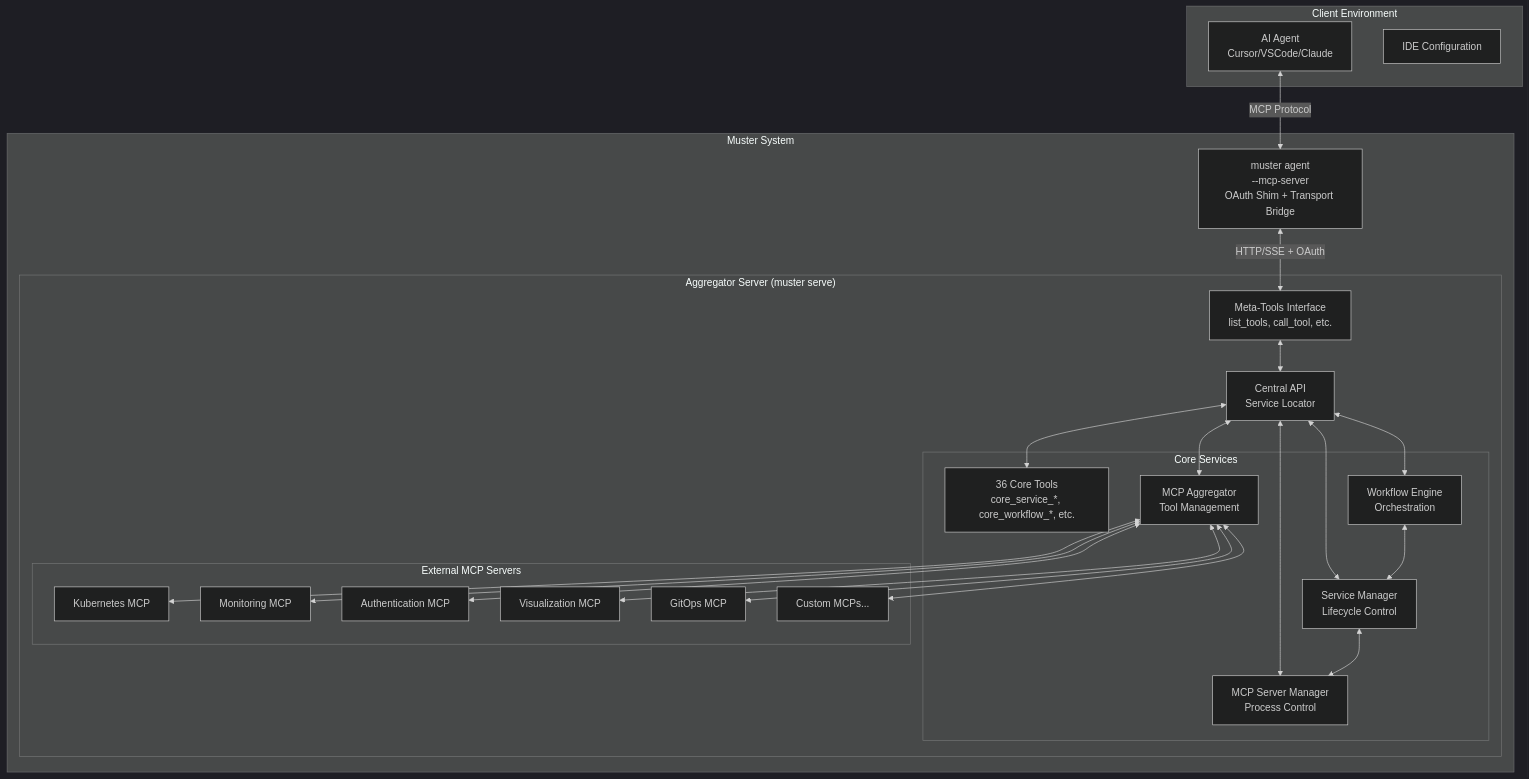
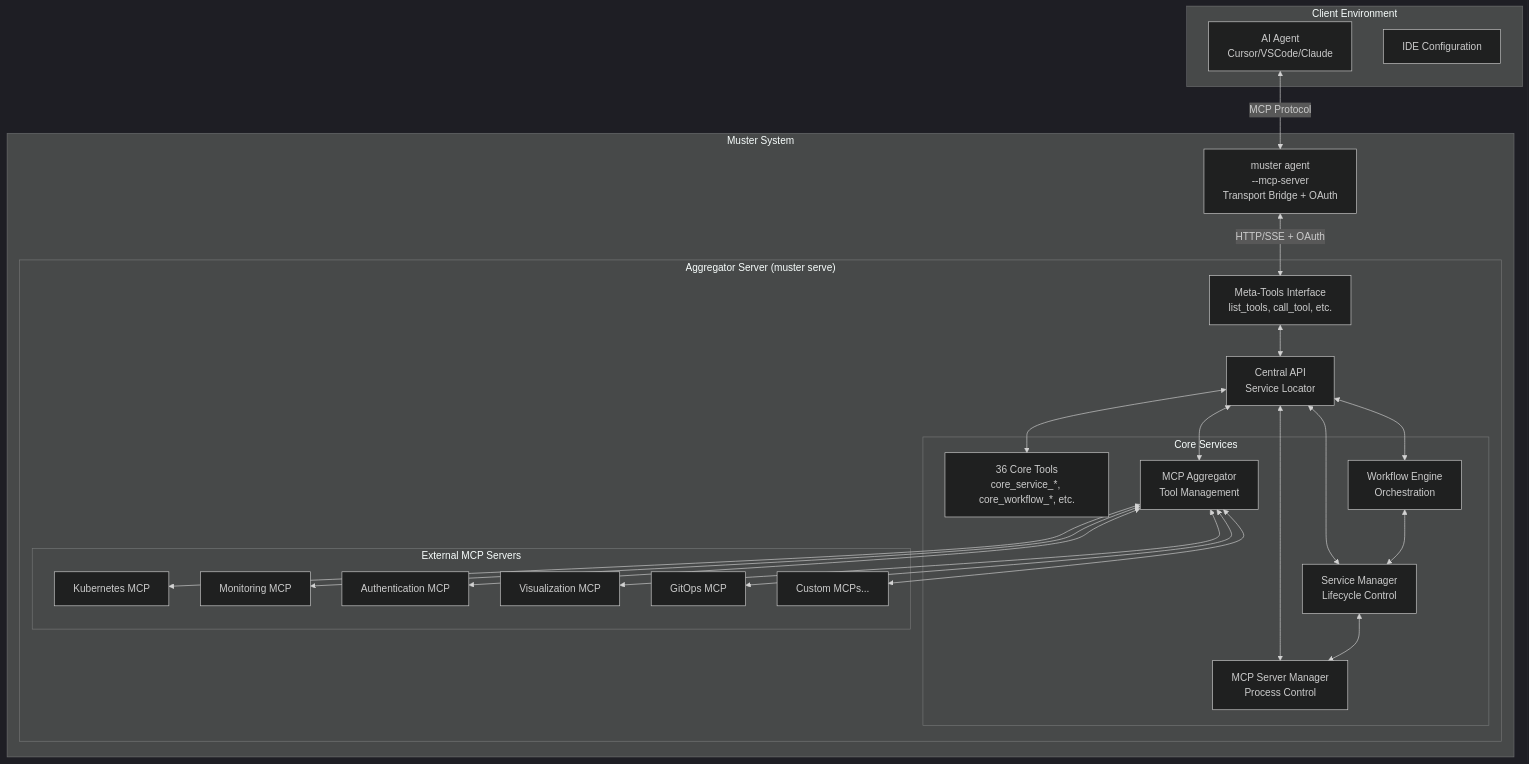
The first of 5 diagrams in docs/explanation/architecture.md (giantswarm/muster), drawn with Mermaid (dark theme) before and after one commit. The commit also changed other lines of this file and 4 other files, not shown here.

````diff
--- a/docs/explanation/architecture.md
+++ b/docs/explanation/architecture.md
@@ -9,52 +9,52 @@
 ```mermaid
 graph TB
     subgraph "Client Environment"
         Agent[AI Agent<br/>Cursor/VSCode/Claude]
         IDE[IDE Configuration]
     end
     
     subgraph "Muster System"
-        MusterAgent[muster agent<br/>--mcp-server<br/>OAuth Shim + Transport Bridge]
+        MusterAgent[muster agent<br/>--mcp-server<br/>Transport Bridge + OAuth]
         
         subgraph "Aggregator Server (muster serve)"
             MetaTools[Meta-Tools Interface<br/>list_tools, call_tool, etc.]
             API[Central API<br/>Service Locator]
             
             subgraph "Core Services"
                 CoreTools[36 Core Tools<br/>core_service_*, core_workflow_*, etc.]
                 Aggregator[MCP Aggregator<br/>Tool Management]
                 ServiceMgr[Service Manager<br/>Lifecycle Control]
                 Workflow[Workflow Engine<br/>Orchestration]
                 MCPServer[MCP Server Manager<br/>Process Control]
             end
             
             subgraph "External MCP Servers"
                 K8s[Kubernetes MCP]
                 Prometheus[Monitoring MCP]
                 Teleport[Authentication MCP]
                 Grafana[Visualization MCP]
                 Flux[GitOps MCP]
                 Custom[Custom MCPs...]
             end
         end
     end
     
     Agent <-->|MCP Protocol| MusterAgent
     MusterAgent <-->|HTTP/SSE + OAuth| MetaTools
     MetaTools <--> API
     API <--> CoreTools
     API <--> Aggregator
     API <--> ServiceMgr
     API <--> Workflow
     API <--> MCPServer
     
     Aggregator <--> K8s
     Aggregator <--> Prometheus
     Aggregator <--> Teleport
     Aggregator <--> Grafana
     Aggregator <--> Flux
     Aggregator <--> Custom
     
     ServiceMgr <--> MCPServer
     Workflow <--> ServiceMgr
 ```
````
